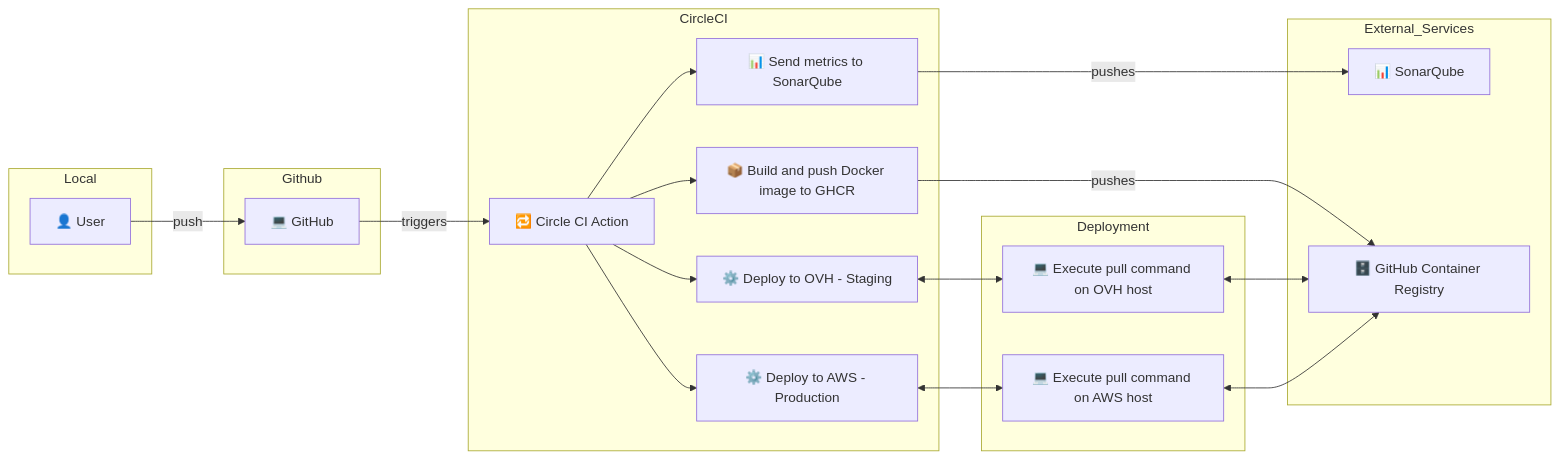
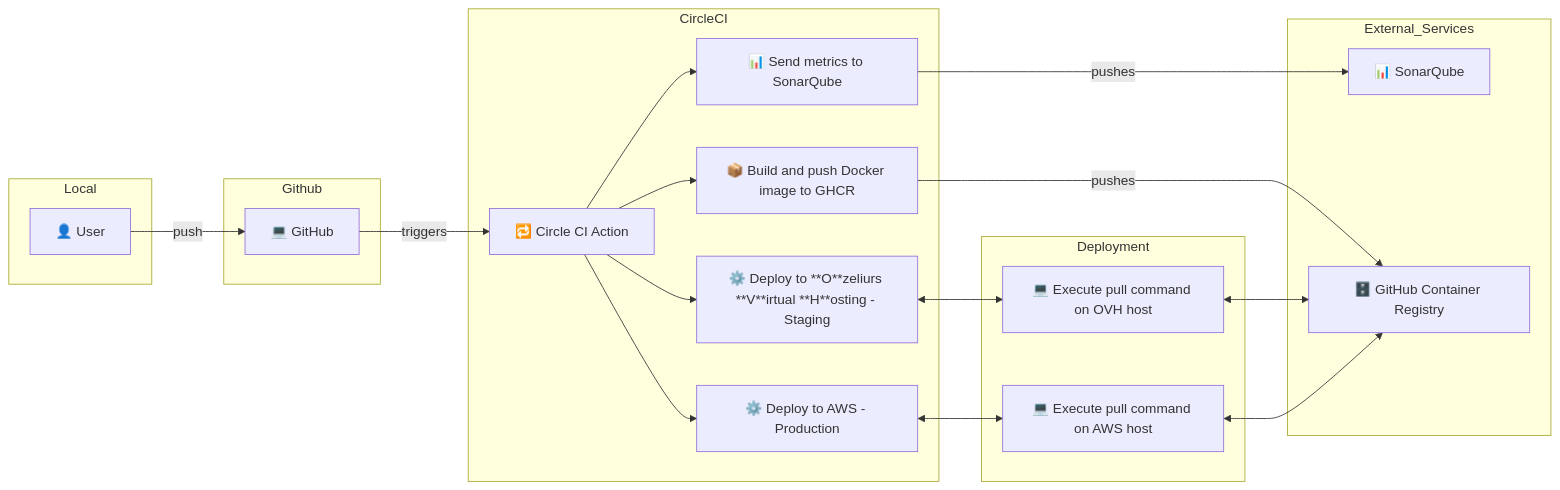
One commit to StartUpNationLabs/php-sec-ci changed the second of 2 diagrams in docs/PIPELINE.md. Above: the diagram before and after it, drawn with Mermaid. The commit also changed 1 other file, not shown here.

Commit message:
refactor(docs): simplify README.md by removing features section and update pipeline diagram in PIPELINE.md to improve clarity

````diff
--- a/docs/PIPELINE.md
+++ b/docs/PIPELINE.md
@@ -42,35 +42,35 @@
 ```mermaid
 flowchart LR
     subgraph Local
         U[👤 User]
     end
 
     U -- push --> G
 
     subgraph Github
         G[💻 GitHub]
     end
 
     G -- triggers --> P[🔁 Circle CI Action]
 
     subgraph CircleCI
         P --> M[📊 Send metrics to SonarQube]
         P --> I[📦 Build and push Docker image to GHCR]
-        P --> OVH[⚙️ Deploy to OVH - Staging]
+        P --> OVH[⚙️ Deploy to **O**zeliurs **V**irtual **H**osting - Staging]
         P --> AWS[⚙️ Deploy to AWS - Production]
     end
 
     subgraph External_Services
         M -- pushes --> SQ[📊 SonarQube]
         I -- pushes --> GHCR[🗄️ GitHub Container Registry]
     end
 
     subgraph Deployment
         C1[💻 Execute pull command on OVH host]
         C2[💻 Execute pull command on AWS host]
         OVH <--> C1
         AWS <--> C2
         C1 <--> GHCR
         C2 <--> GHCR
     end
 ```
````
